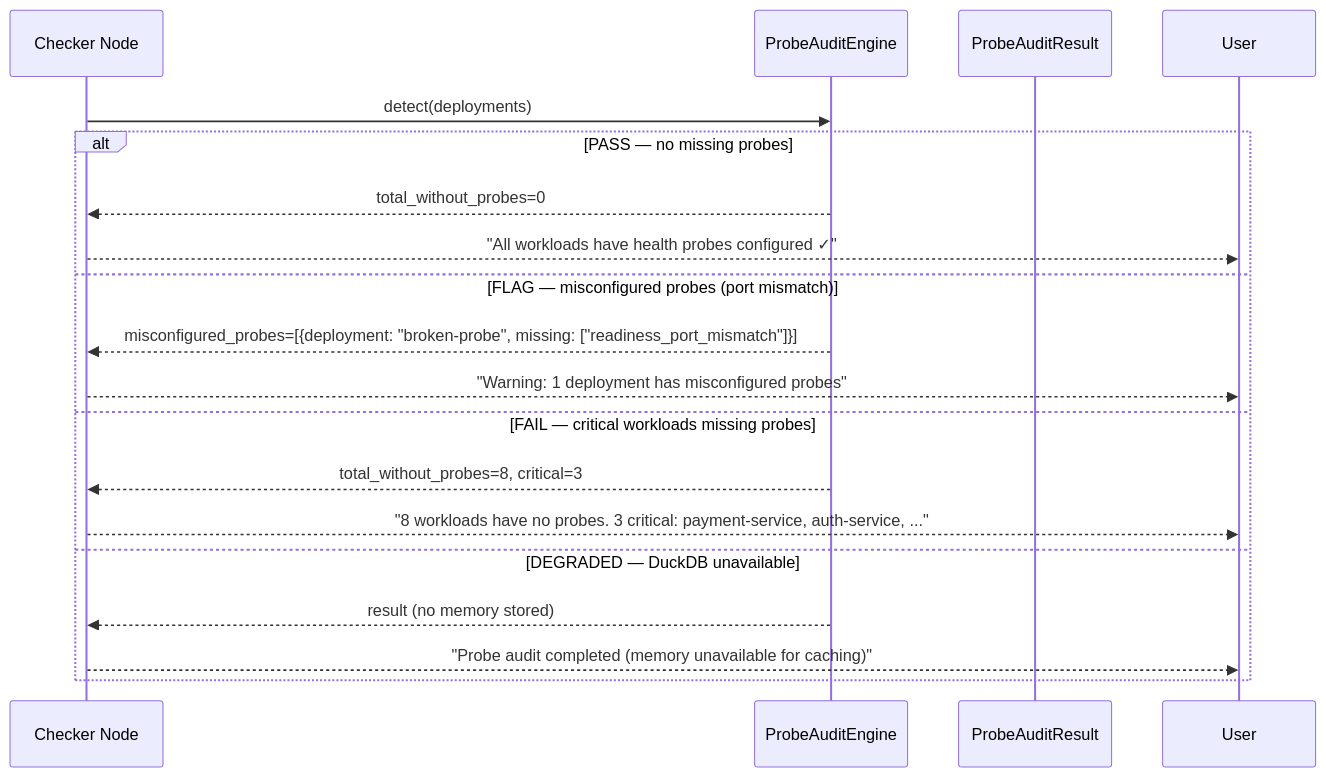
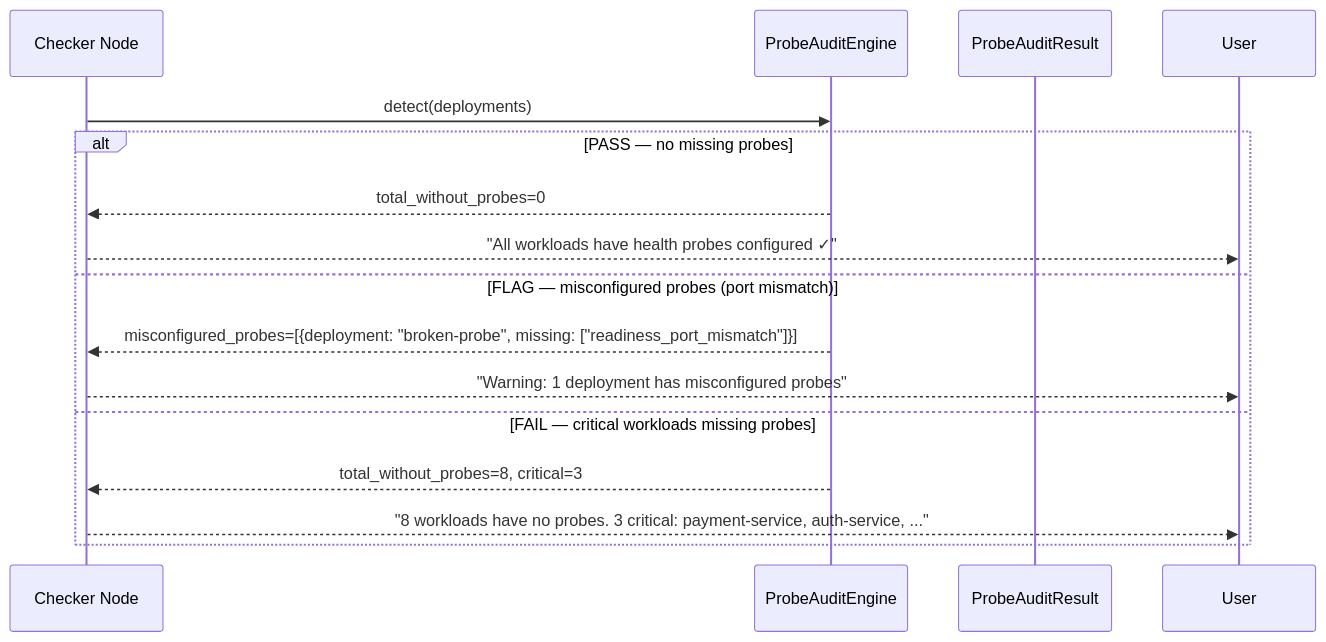
The third of 4 diagrams in docs/use-cases/86-detect-missing-probes.md (hexa-tools/hexawyn), drawn with Mermaid before and after one commit. The commit also changed 32 other files, not shown here.

````diff
--- a/docs/use-cases/86-detect-missing-probes.md
+++ b/docs/use-cases/86-detect-missing-probes.md
@@ -92,22 +92,19 @@
 ```mermaid
 sequenceDiagram
     participant Checker as Checker Node
     participant Engine as ProbeAuditEngine
     participant Result as ProbeAuditResult
 
     Checker->>Engine: detect(deployments)
 
     alt PASS — no missing probes
         Engine-->>Checker: total_without_probes=0
         Checker-->>User: "All workloads have health probes configured ✓"
     else FLAG — misconfigured probes (port mismatch)
         Engine-->>Checker: misconfigured_probes=[{deployment: "broken-probe", missing: ["readiness_port_mismatch"]}]
         Checker-->>User: "Warning: 1 deployment has misconfigured probes"
     else FAIL — critical workloads missing probes
         Engine-->>Checker: total_without_probes=8, critical=3
         Checker-->>User: "8 workloads have no probes. 3 critical: payment-service, auth-service, ..."
-    else DEGRADED — DuckDB unavailable
-        Engine-->>Checker: result (no memory stored)
-        Checker-->>User: "Probe audit completed (memory unavailable for caching)"
     end
 ```
````
